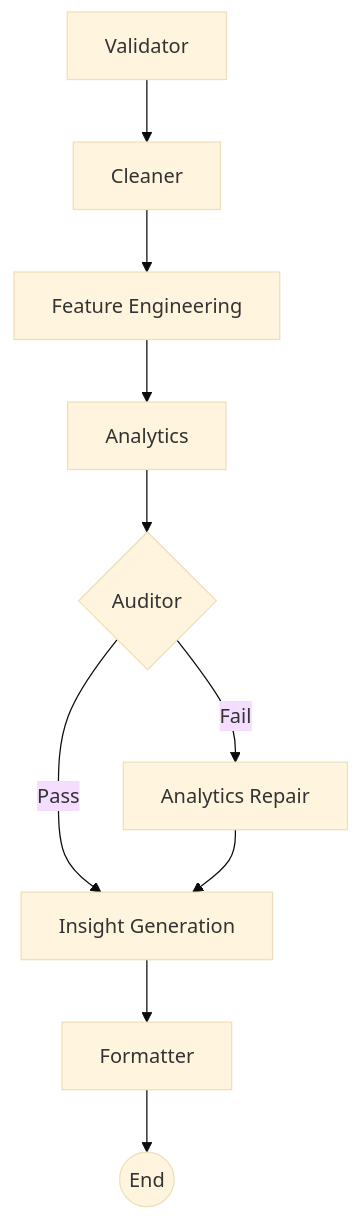
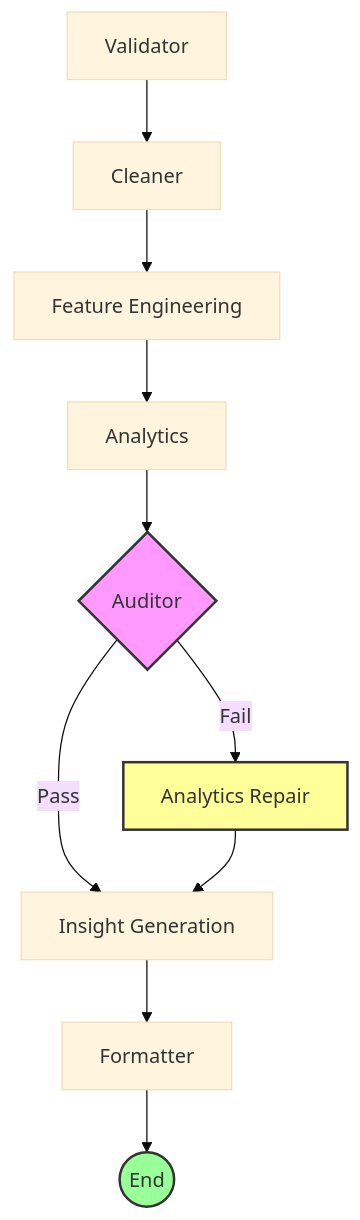
The diagram in README.md (Code-mafia2/agentathon), drawn with Mermaid (base theme) before and after one commit. The commit also changed other lines of this file and 1 other file, not shown here.

````diff
--- a/README.md
+++ b/README.md
@@ -34,12 +46,16 @@
 ```mermaid
 graph TD
     A[Validator] --> B[Cleaner]
     B --> C[Feature Engineering]
     C --> D[Analytics]
     D --> E{Auditor}
     E -->|Pass| F[Insight Generation]
     E -->|Fail| G[Analytics Repair]
     G --> F
     F --> H[Formatter]
     H --> I((End))
+    
+    style E fill:#f9f,stroke:#333,stroke-width:2px
+    style G fill:#ff9,stroke:#333,stroke-width:2px
+    style I fill:#9f9,stroke:#333,stroke-width:2px
 ```
````
